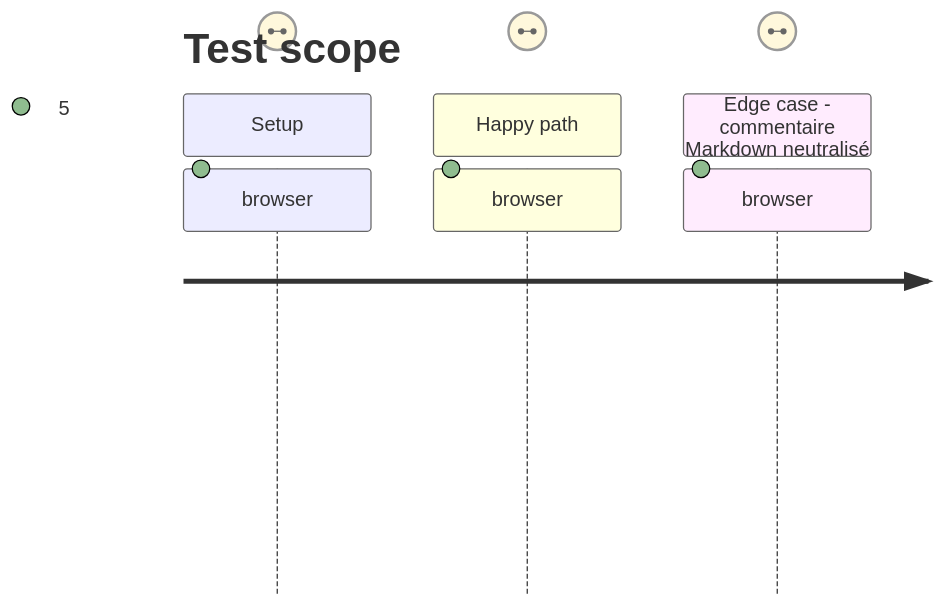
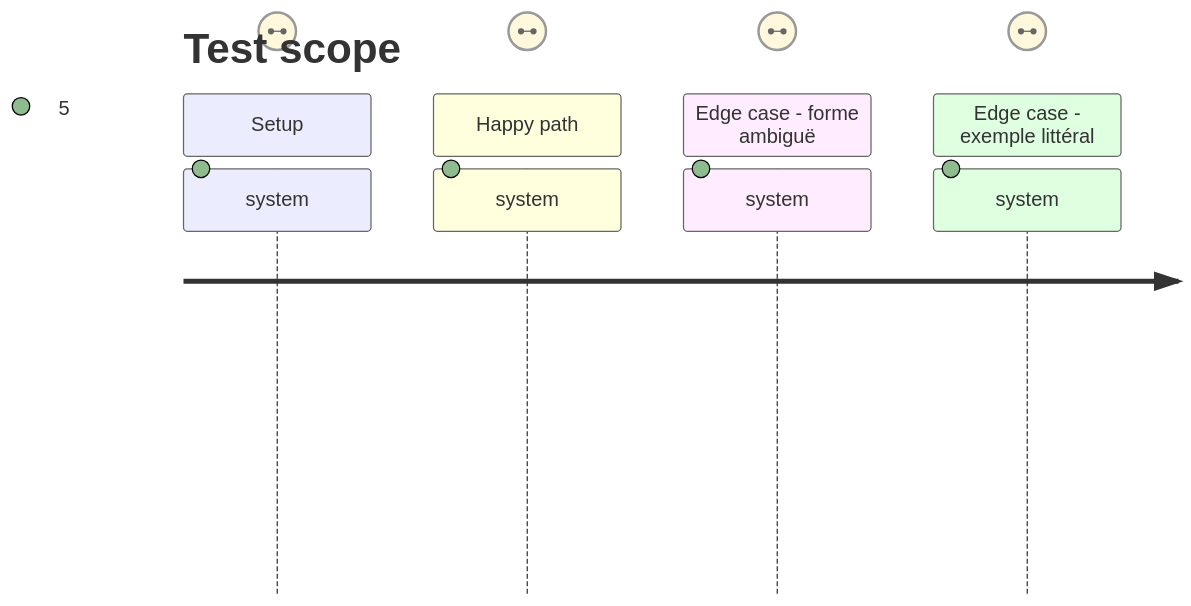
One commit to RebelliousSmile/obsidian-handbook changed the second of 2 diagrams in aidd_docs/tasks/2026_09/2026_09_15_markdown-layout-regions/phase-1.md. Above: the diagram before and after it, drawn with Mermaid. The commit also changed other lines of this file and 7 other files, not shown here.

````diff
--- a/aidd_docs/tasks/2026_09/2026_09_15_markdown-layout-regions/phase-1.md
+++ b/aidd_docs/tasks/2026_09/2026_09_15_markdown-layout-regions/phase-1.md
@@ -33,12 +31,14 @@
 ```mermaid
 ---
 title: Test scope
 ---
 journey
   section Setup
-    browser: créer un coffre temporaire puis ouvrir sa note de sonde dans une instance Obsidian dédiée => note rendue disponible: 5: browser
+    system: préparer une note avec deux régions et des blocs de code => source disponible: 5: cli
   section Happy path
-    browser: inspecter le DOM du rendu Markdown => les deux commentaires sont distinguables et bornent les mêmes frères: 5: browser
-  section Edge case - commentaire Markdown neutralisé
-    browser: rendre la même note dans chaque vue Markdown prise en charge => le parcours échoue explicitement si une borne disparaît: 5: browser
+    system: analyser les marqueurs seuls sur leurs lignes => intervalles columns=1 et columns=3 ordonnés: 5: cli
+  section Edge case - forme ambiguë
+    system: ouvrir sans fermeture, fermeture isolée, chevauchement ou valeur invalide => aucune région exploitable pour la forme fautive: 5: cli
+  section Edge case - exemple littéral
+    system: placer les marqueurs dans un bloc de code clôturé => aucun marqueur n’est reconnu: 5: cli
 ```
````
